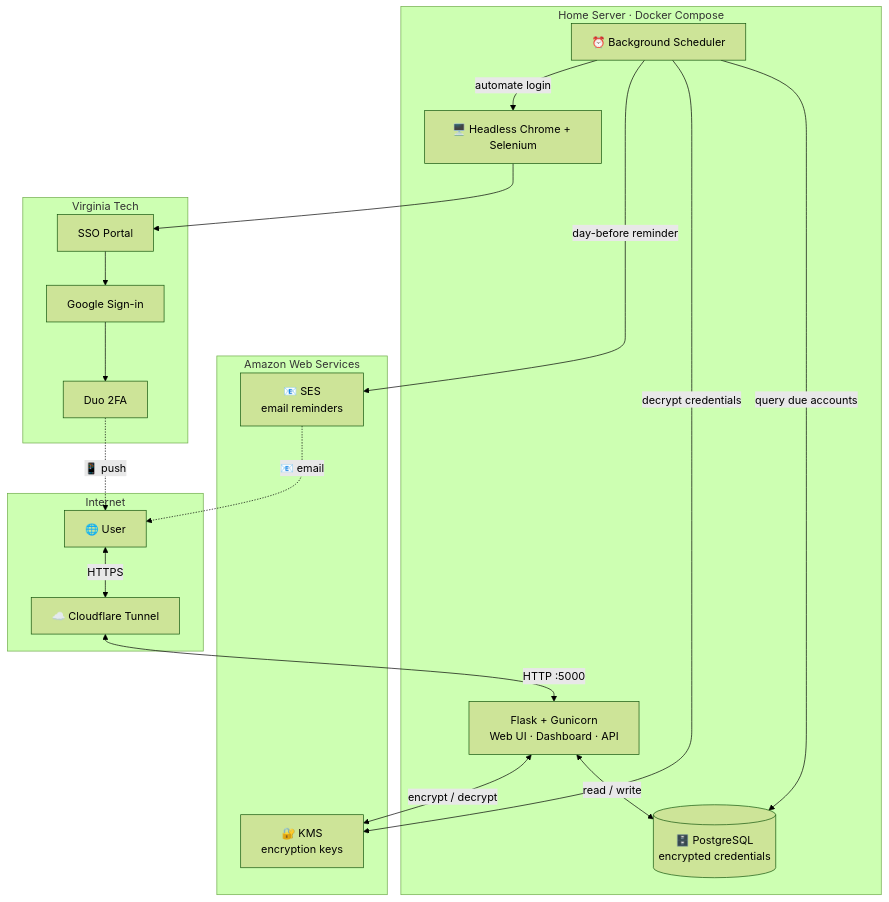
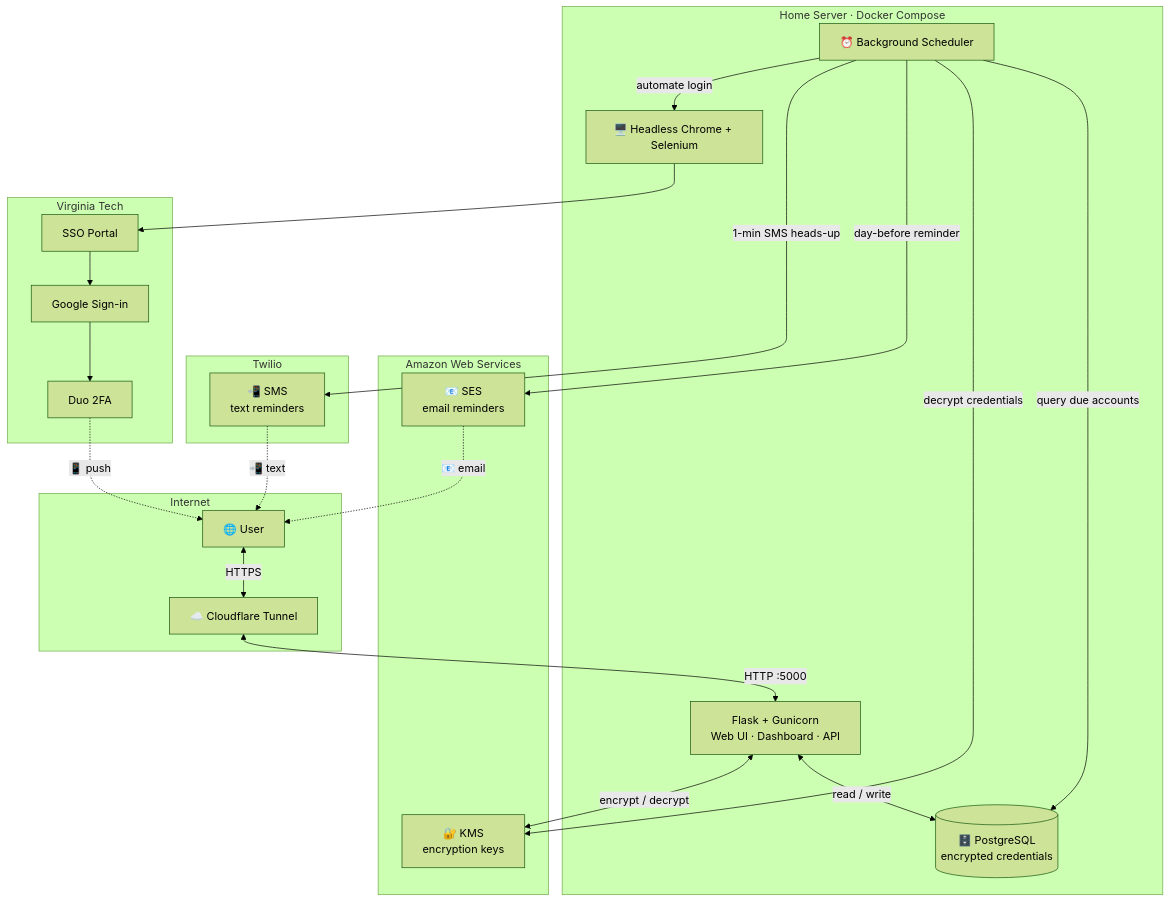
The second of 2 diagrams in README.md (tfeuerbach/virginiatech-email-saver), drawn with Mermaid (forest theme) before and after one commit. The commit also changed other lines of this file, not shown here.

````diff
--- a/README.md
+++ b/README.md
@@ -51,39 +54,45 @@
 ```mermaid
 graph TB
     subgraph Internet
         User["🌐 User"]
         CF["☁️ Cloudflare Tunnel"]
     end
 
     subgraph Server["Home Server · Docker Compose"]
         Gunicorn["Flask + Gunicorn<br/>Web UI · Dashboard · API"]
         Scheduler["⏰ Background Scheduler"]
         Chrome["🖥️ Headless Chrome + Selenium"]
         DB[("🗄️ PostgreSQL<br/>encrypted credentials")]
     end
 
     subgraph AWS["Amazon Web Services"]
         KMS["🔐 KMS<br/>encryption keys"]
         SES["📧 SES<br/>email reminders"]
     end
 
+    subgraph Twilio["Twilio"]
+        SMS["📲 SMS<br/>text reminders"]
+    end
+
     subgraph VT["Virginia Tech"]
         SSO["SSO Portal"]
         Google["Google Sign-in"]
         Duo["Duo 2FA"]
     end
 
     User <-->|HTTPS| CF
     CF <-->|HTTP :5000| Gunicorn
     Gunicorn <-->|read / write| DB
     Gunicorn <-->|encrypt / decrypt| KMS
 
     Scheduler -->|query due accounts| DB
     Scheduler -->|decrypt credentials| KMS
     Scheduler -->|day-before reminder| SES
+    Scheduler -->|1-min SMS heads-up| SMS
     Scheduler -->|automate login| Chrome
 
     SES -.->|📧 email| User
+    SMS -.->|📲 text| User
     Chrome --> SSO --> Google --> Duo
     Duo -.->|📱 push| User
 ```
````
